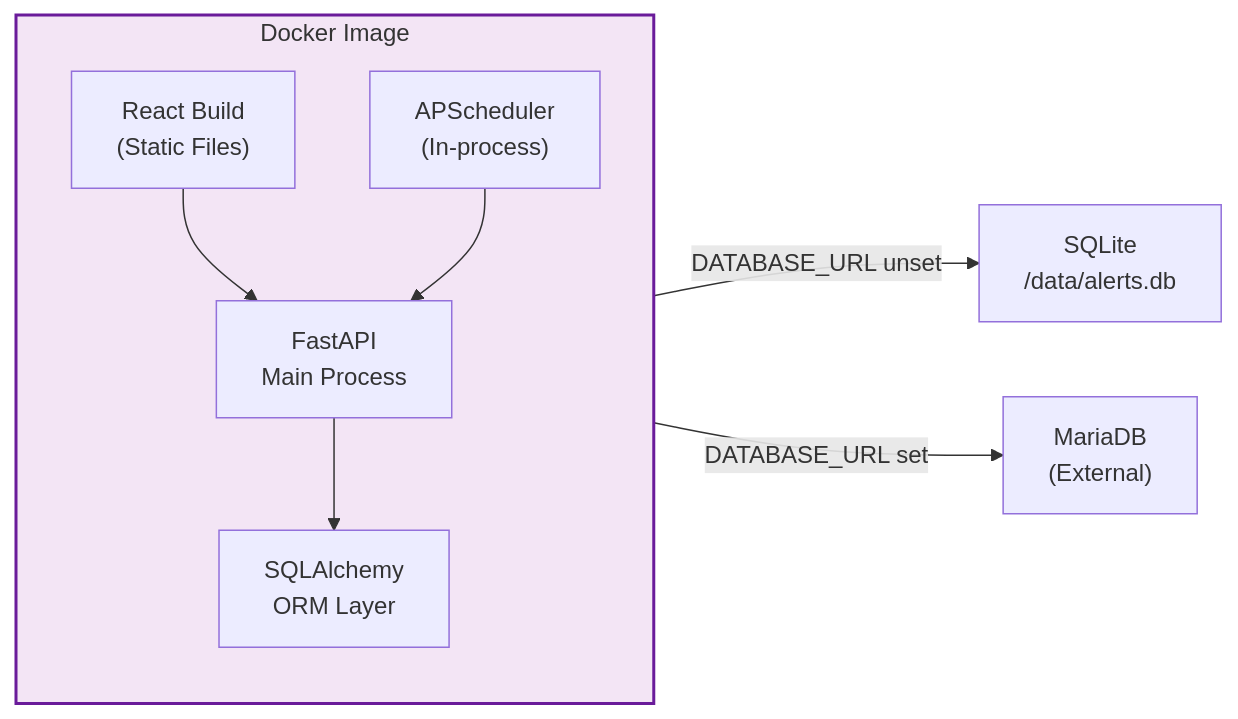
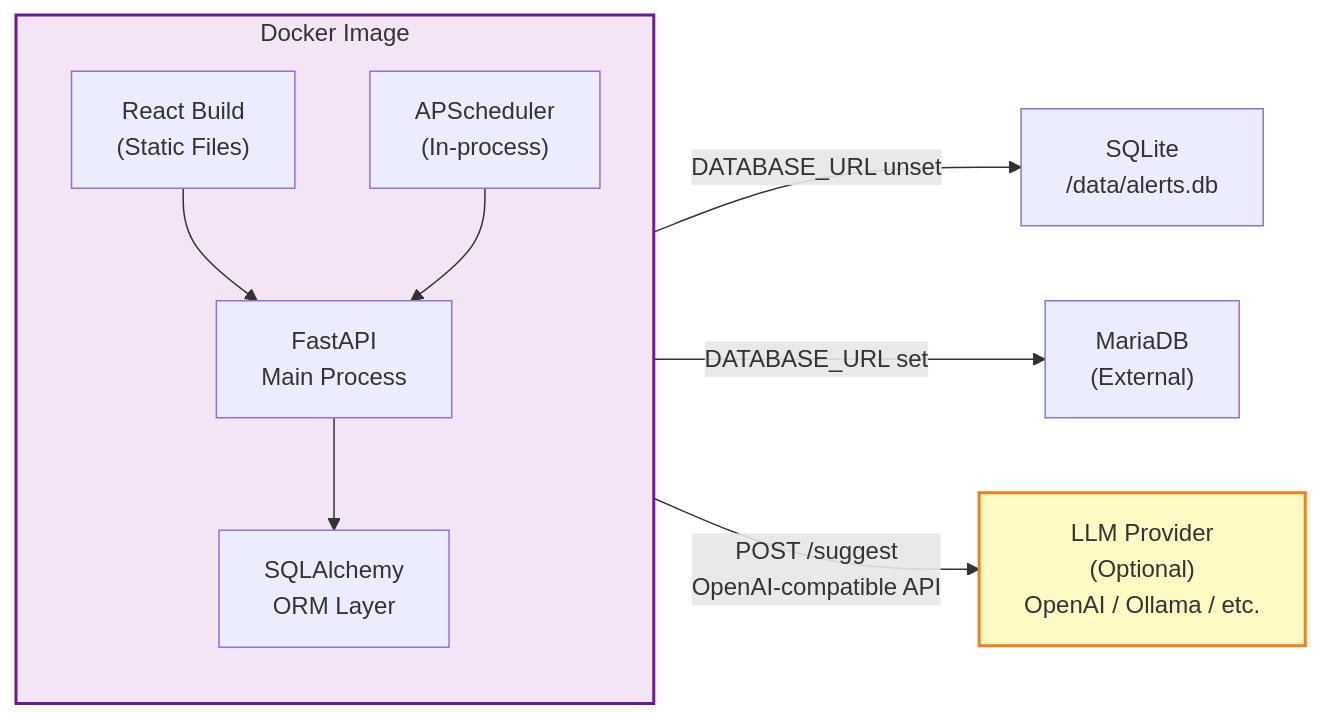
One commit to vencil/SRE-ALERT-TRACKER changed the second of 4 diagrams in docs/architecture-design.md. Above: the diagram before and after it, drawn with Mermaid. The commit also changed other lines of this file and 3 other files, not shown here.

````diff
--- a/docs/architecture-design.md
+++ b/docs/architecture-design.md
@@ -74,20 +74,23 @@
 ```mermaid
 graph LR
     subgraph CONTAINER["Docker Image"]
         direction TB
         FE_STATIC["React Build<br/>(Static Files)"]
         FASTAPI["FastAPI<br/>Main Process"]
         SCHED["APScheduler<br/>(In-process)"]
         ORM["SQLAlchemy<br/>ORM Layer"]
 
         FE_STATIC --> FASTAPI
         SCHED --> FASTAPI
         FASTAPI --> ORM
     end
 
     ORM -->|"DATABASE_URL unset"| SQLITE["SQLite<br/>/data/alerts.db"]
     ORM -->|"DATABASE_URL set"| MARIADB["MariaDB<br/>(External)"]
+    FASTAPI -->|"POST /suggest<br/>OpenAI-compatible API"| LLM["LLM Provider<br/>(Optional)<br/>OpenAI / Ollama / etc."]
 
     classDef container fill:#f3e5f5,stroke:#6a1b9a,stroke-width:2px
+    classDef external fill:#fff9c4,stroke:#f57f17,stroke-width:2px
     class CONTAINER container
+    class LLM external
 ```
````
